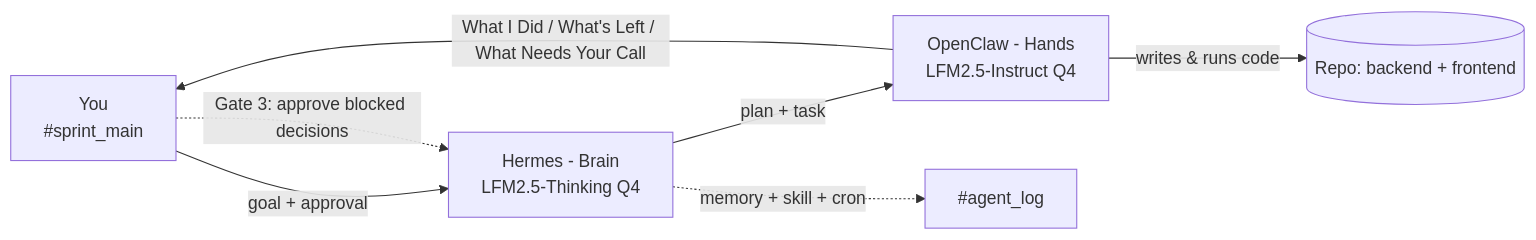
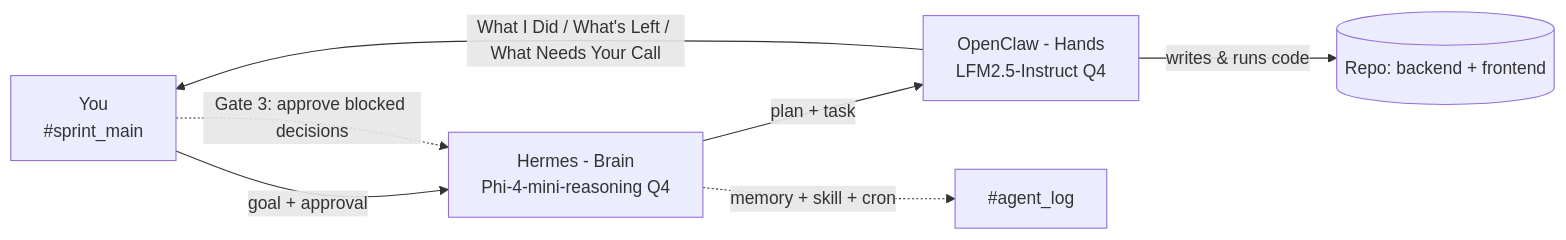
Before and after one commit to chiruu12/forge2-qualifier-chirag: the diagram in ARCHITECTURE.md, drawn with Mermaid. The commit also changed other lines of this file and 10 other files, not shown here.

First line of the commit message:
Migrate agent stack to open-source Phi-4 reasoning + LFM2.5 executor.

````diff
--- a/ARCHITECTURE.md
+++ b/ARCHITECTURE.md
@@ -5,9 +5,9 @@
 ```mermaid
 flowchart LR
-    H["You<br/>#sprint_main"] -->|goal + approval| B["Hermes - Brain<br/>LFM2.5-Thinking Q4"]
+    H["You<br/>#sprint_main"] -->|goal + approval| B["Hermes - Brain<br/>Phi-4-mini-reasoning Q4"]
     B -->|plan + task| C["OpenClaw - Hands<br/>LFM2.5-Instruct Q4"]
     C -->|writes & runs code| Repo[("Repo: backend + frontend")]
     C -->|What I Did / What's Left / What Needs Your Call| H
     B -. "memory + skill + cron" .-> Log["#agent_log"]
     H -. "Gate 3: approve blocked decisions" .-> B
 ```
````
